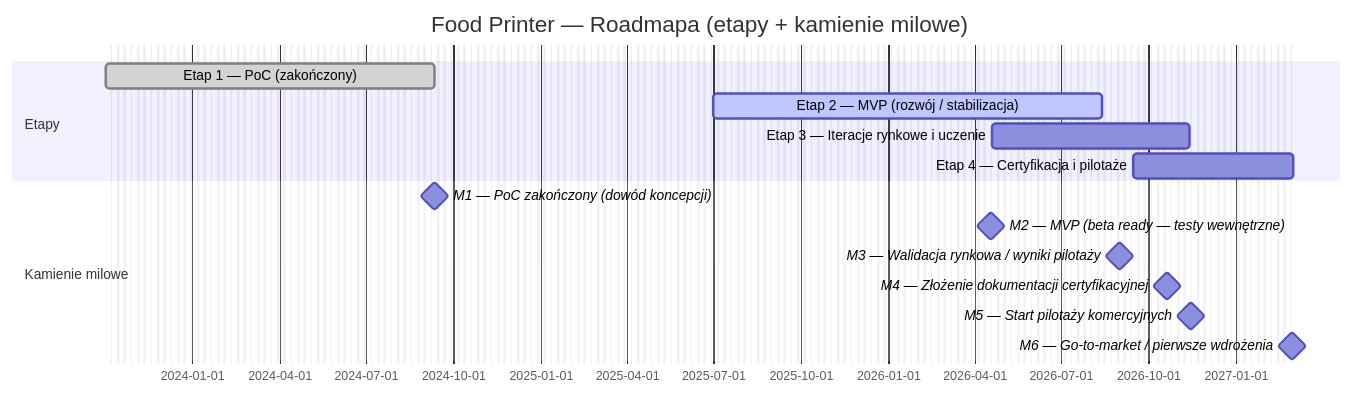
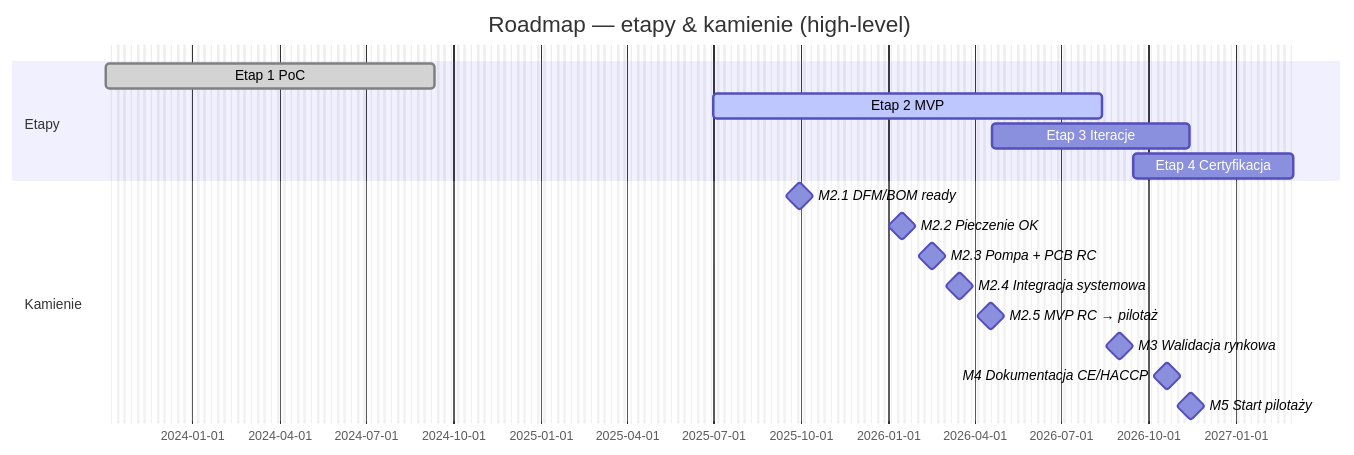
Before and after one commit to TanskiSzymon/food-printer: the first of 2 diagrams in README.md, drawn with Mermaid. The commit also changed other lines of this file, not shown here.

````diff
--- a/README.md
+++ b/README.md
@@ -26,20 +20,22 @@
 ```mermaid
 gantt
-  title Food Printer — Roadmapa (etapy + kamienie milowe)
+  title Roadmap — etapy & kamienie (high-level)
   dateFormat YYYY-MM-DD
   excludes  weekends
 
   section Etapy
-  Etap 1 — PoC (zakończony)                    :done,    poc1, 2023-10-02, 2024-09-11
-  Etap 2 — MVP (rozwój / stabilizacja)         :active,  mvp2, 2025-07-01, 292d
-  Etap 3 — Iteracje rynkowe i uczenie          :         it3,  2026-04-19, 150d
-  Etap 4 — Certyfikacja i pilotaże             :         cer4, 2026-09-15, 120d
+  Etap 1 PoC                :done,    2023-10-02, 2024-09-11
+  Etap 2 MVP                :active,  2025-07-01, 292d
+  Etap 3 Iteracje           :         2026-04-19, 150d
+  Etap 4 Certyfikacja       :         2026-09-15, 120d
 
-  section Kamienie milowe
-  M1  — PoC zakończony (dowód koncepcji)                     :milestone, m1,  2024-09-11, 0d
-  M2 — MVP (beta ready — testy wewnętrzne)                   :milestone, m2,  2026-04-18, 0d
-  M3  — Walidacja rynkowa / wyniki pilotaży                  :milestone, m3,  2026-09-01, 0d
-  M4  — Złożenie dokumentacji certyfikacyjnej                :milestone, m4,  2026-10-20, 0d
-  M5  — Start pilotaży komercyjnych                          :milestone, m5,  2026-11-15, 0d
-  M6  — Go-to-market / pierwsze wdrożenia                    :milestone, m6,  2027-03-01, 0d
+  section Kamienie
+  M2.1 DFM/BOM ready        :milestone, 2025-09-30, 0d
+  M2.2 Pieczenie OK         :milestone, 2026-01-15, 0d
+  M2.3 Pompa + PCB RC       :milestone, 2026-02-15, 0d
+  M2.4 Integracja systemowa :milestone, 2026-03-17, 0d
+  M2.5 MVP RC → pilotaż     :milestone, 2026-04-18, 0d
+  M3   Walidacja rynkowa    :milestone, 2026-09-01, 0d
+  M4   Dokumentacja CE/HACCP:milestone, 2026-10-20, 0d
+  M5   Start pilotaży       :milestone, 2026-11-15, 0d
 ```
````
